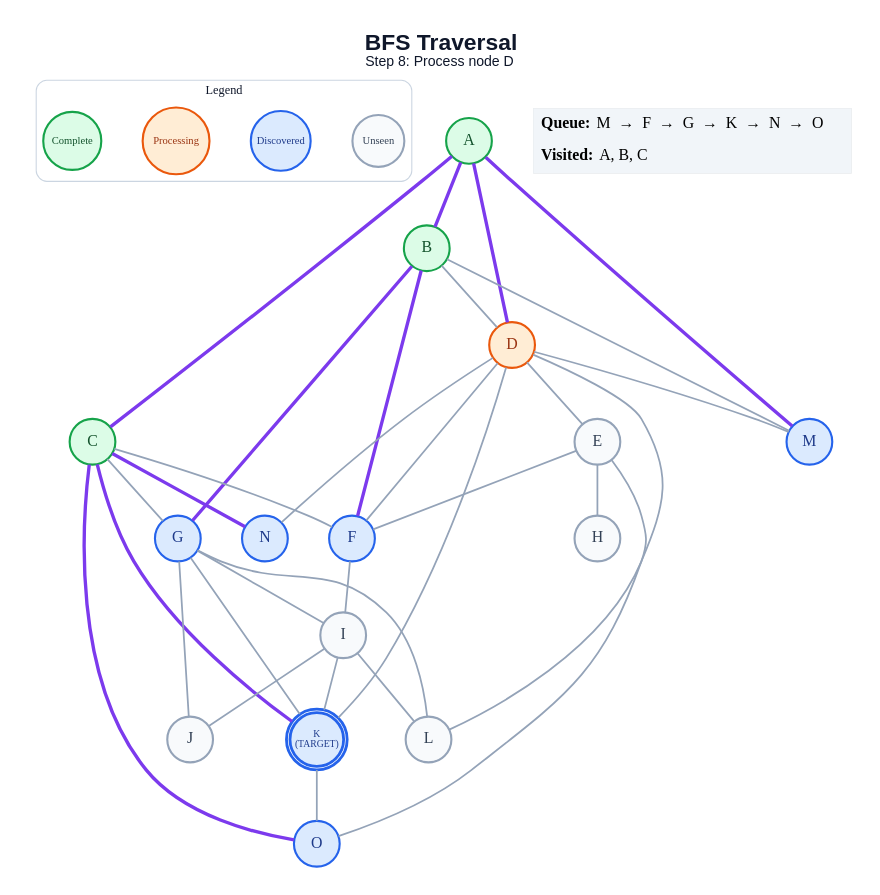
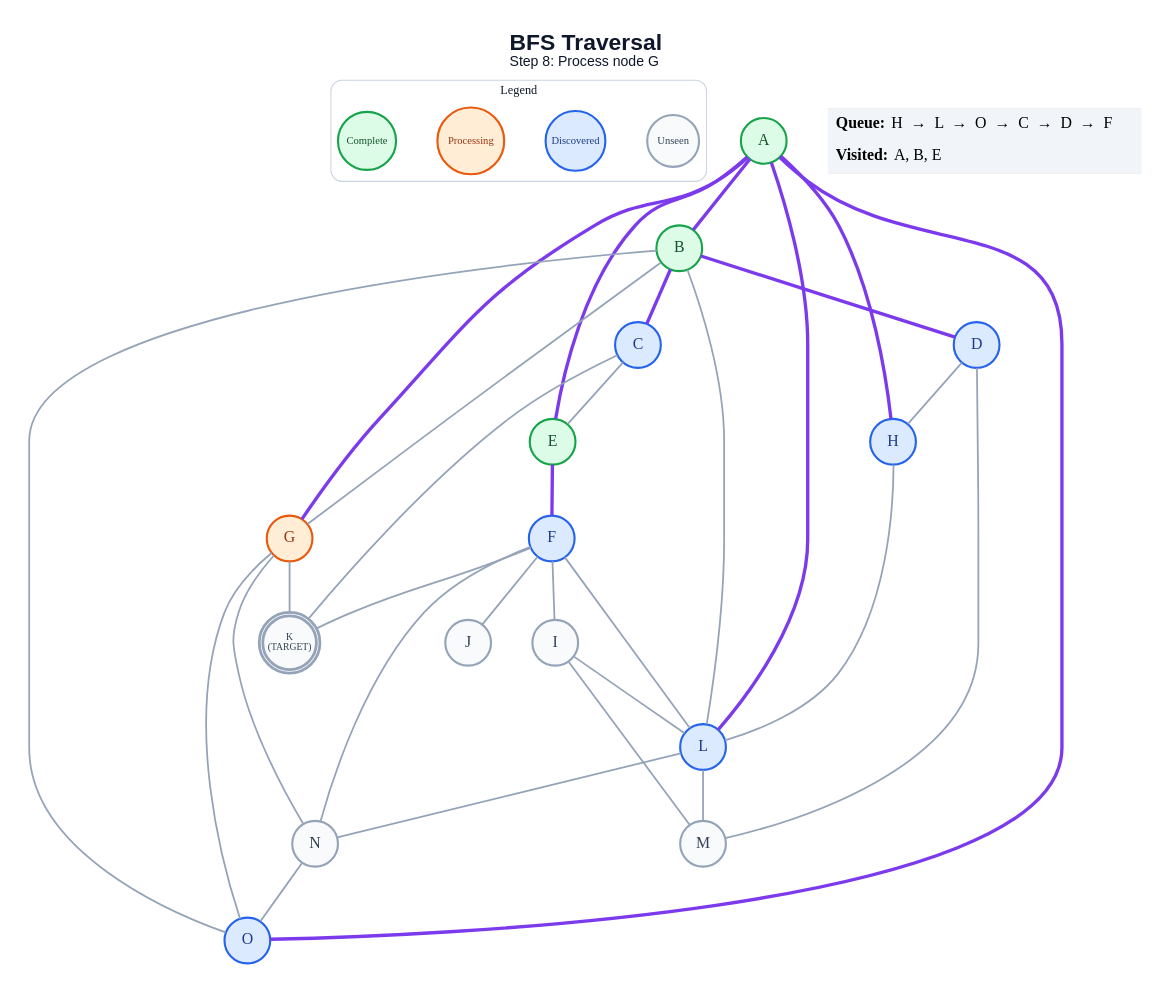
Before and after one commit to anon7238593-create/ai-slop: the diagram in generated/specific-node/bfs/step_08.dot, drawn with Graphviz. The commit also changed 224 other files, not shown here.

```diff
--- a/generated/specific-node/bfs/step_08.dot
+++ b/generated/specific-node/bfs/step_08.dot
@@ -1,65 +1,64 @@
 graph traversal {
   graph [layout=dot, rankdir=TB, bgcolor="#FFFFFF", pad="0.35", nodesep="0.65", ranksep="0.8", fontname="Arial"];
   node [shape=circle, style="filled", fontname="Arial Bold", fontsize=18, width=0.72, fixedsize=true, penwidth=2.4];
   edge [color="#94A3B8", penwidth=2.0];
-  label=<<B>BFS Traversal</B><BR/><FONT POINT-SIZE="16">Step 8: Process node D</FONT>>; labelloc="t"; fontsize=26; fontname="Arial"; fontcolor="#0F172A";
+  label=<<B>BFS Traversal</B><BR/><FONT POINT-SIZE="16">Step 8: Process node G</FONT>>; labelloc="t"; fontsize=26; fontname="Arial"; fontcolor="#0F172A";
   subgraph cluster_legend { label="Legend"; color="#CBD5E1"; penwidth=1.2; style="rounded"; fontsize=14; fontname="Arial Bold";
     key_unseen [label="Unseen", fillcolor="#F8FAFC", color="#94A3B8", fontcolor="#334155", fontsize=12, width=0.82];
     key_frontier [label="Discovered", fillcolor="#DBEAFE", color="#2563EB", fontcolor="#1E3A8A", fontsize=12, width=0.95];
     key_current [label="Processing", fillcolor="#FFEDD5", color="#EA580C", fontcolor="#9A3412", fontsize=12, width=1.05];
     key_done [label="Complete", fillcolor="#DCFCE7", color="#16A34A", fontcolor="#14532D", fontsize=12, width=0.92];
     { rank=same; key_unseen; key_frontier; key_current; key_done; }
   }
   A [label="A", fillcolor="#DCFCE7", color="#16A34A", fontcolor="#14532D", peripheries=1, penwidth=2.4];
   B [label="B", fillcolor="#DCFCE7", color="#16A34A", fontcolor="#14532D", peripheries=1, penwidth=2.4];
-  C [label="C", fillcolor="#DCFCE7", color="#16A34A", fontcolor="#14532D", peripheries=1, penwidth=2.4];
-  D [label="D", fillcolor="#FFEDD5", color="#EA580C", fontcolor="#9A3412", peripheries=1, penwidth=2.4];
-  E [label="E", fillcolor="#F8FAFC", color="#94A3B8", fontcolor="#334155", peripheries=1, penwidth=2.4];
+  C [label="C", fillcolor="#DBEAFE", color="#2563EB", fontcolor="#1E3A8A", peripheries=1, penwidth=2.4];
+  D [label="D", fillcolor="#DBEAFE", color="#2563EB", fontcolor="#1E3A8A", peripheries=1, penwidth=2.4];
+  E [label="E", fillcolor="#DCFCE7", color="#16A34A", fontcolor="#14532D", peripheries=1, penwidth=2.4];
   F [label="F", fillcolor="#DBEAFE", color="#2563EB", fontcolor="#1E3A8A", peripheries=1, penwidth=2.4];
-  G [label="G", fillcolor="#DBEAFE", color="#2563EB", fontcolor="#1E3A8A", peripheries=1, penwidth=2.4];
-  H [label="H", fillcolor="#F8FAFC", color="#94A3B8", fontcolor="#334155", peripheries=1, penwidth=2.4];
+  G [label="G", fillcolor="#FFEDD5", color="#EA580C", fontcolor="#9A3412", peripheries=1, penwidth=2.4];
+  H [label="H", fillcolor="#DBEAFE", color="#2563EB", fontcolor="#1E3A8A", peripheries=1, penwidth=2.4];
   I [label="I", fillcolor="#F8FAFC", color="#94A3B8", fontcolor="#334155", peripheries=1, penwidth=2.4];
   J [label="J", fillcolor="#F8FAFC", color="#94A3B8", fontcolor="#334155", peripheries=1, penwidth=2.4];
-  K [label="K\n(TARGET)", fillcolor="#DBEAFE", color="#2563EB", fontcolor="#1E3A8A", peripheries=2, penwidth=3.2, fontsize=11, width=0.85, height=0.85];
-  L [label="L", fillcolor="#F8FAFC", color="#94A3B8", fontcolor="#334155", peripheries=1, penwidth=2.4];
-  M [label="M", fillcolor="#DBEAFE", color="#2563EB", fontcolor="#1E3A8A", peripheries=1, penwidth=2.4];
-  N [label="N", fillcolor="#DBEAFE", color="#2563EB", fontcolor="#1E3A8A", peripheries=1, penwidth=2.4];
+  K [label="K\n(TARGET)", fillcolor="#F8FAFC", color="#94A3B8", fontcolor="#334155", peripheries=2, penwidth=3.2, fontsize=11, width=0.85, height=0.85];
+  L [label="L", fillcolor="#DBEAFE", color="#2563EB", fontcolor="#1E3A8A", peripheries=1, penwidth=2.4];
+  M [label="M", fillcolor="#F8FAFC", color="#94A3B8", fontcolor="#334155", peripheries=1, penwidth=2.4];
+  N [label="N", fillcolor="#F8FAFC", color="#94A3B8", fontcolor="#334155", peripheries=1, penwidth=2.4];
   O [label="O", fillcolor="#DBEAFE", color="#2563EB", fontcolor="#1E3A8A", peripheries=1, penwidth=2.4];
   A -- B [color="#7C3AED", penwidth=3.8];
-  A -- C [color="#7C3AED", penwidth=3.8];
-  A -- D [color="#7C3AED", penwidth=3.8];
-  A -- M [color="#7C3AED", penwidth=3.8];
-  B -- D;
-  B -- F [color="#7C3AED", penwidth=3.8];
-  B -- G [color="#7C3AED", penwidth=3.8];
-  B -- M;
-  C -- F;
-  C -- G;
-  C -- K [color="#7C3AED", penwidth=3.8];
-  C -- N [color="#7C3AED", penwidth=3.8];
-  C -- O [color="#7C3AED", penwidth=3.8];
-  D -- E;
-  D -- F;
-  D -- K;
-  D -- L;
+  A -- E [color="#7C3AED", penwidth=3.8];
+  A -- G [color="#7C3AED", penwidth=3.8];
+  A -- H [color="#7C3AED", penwidth=3.8];
+  A -- L [color="#7C3AED", penwidth=3.8];
+  A -- O [color="#7C3AED", penwidth=3.8];
+  B -- C [color="#7C3AED", penwidth=3.8];
+  B -- D [color="#7C3AED", penwidth=3.8];
+  B -- G;
+  B -- L;
+  B -- O;
+  C -- E;
+  C -- K;
+  D -- H;
   D -- M;
-  D -- N;
-  E -- F;
-  E -- H;
-  E -- O;
+  E -- F [color="#7C3AED", penwidth=3.8];
   F -- I;
-  G -- I;
-  G -- J;
+  F -- J;
+  F -- K;
+  F -- L;
+  F -- N;
   G -- K;
-  G -- L;
-  I -- J;
-  I -- K;
+  G -- N;
+  G -- O;
+  H -- L;
   I -- L;
-  K -- O;
+  I -- M;
+  L -- M;
+  L -- N;
+  N -- O;
   status [shape=plain, fixedsize=false, width=0, height=0, margin=0, label=<
     <TABLE BORDER="0" CELLBORDER="0" CELLPADDING="7" BGCOLOR="#F1F5F9">
-      <TR><TD ALIGN="LEFT"><B>Queue:</B> M  →  F  →  G  →  K  →  N  →  O</TD></TR>
-      <TR><TD ALIGN="LEFT"><B>Visited:</B> A, B, C</TD></TR>
+      <TR><TD ALIGN="LEFT"><B>Queue:</B> H  →  L  →  O  →  C  →  D  →  F</TD></TR>
+      <TR><TD ALIGN="LEFT"><B>Visited:</B> A, B, E</TD></TR>
     </TABLE>
   >];
 }
```
